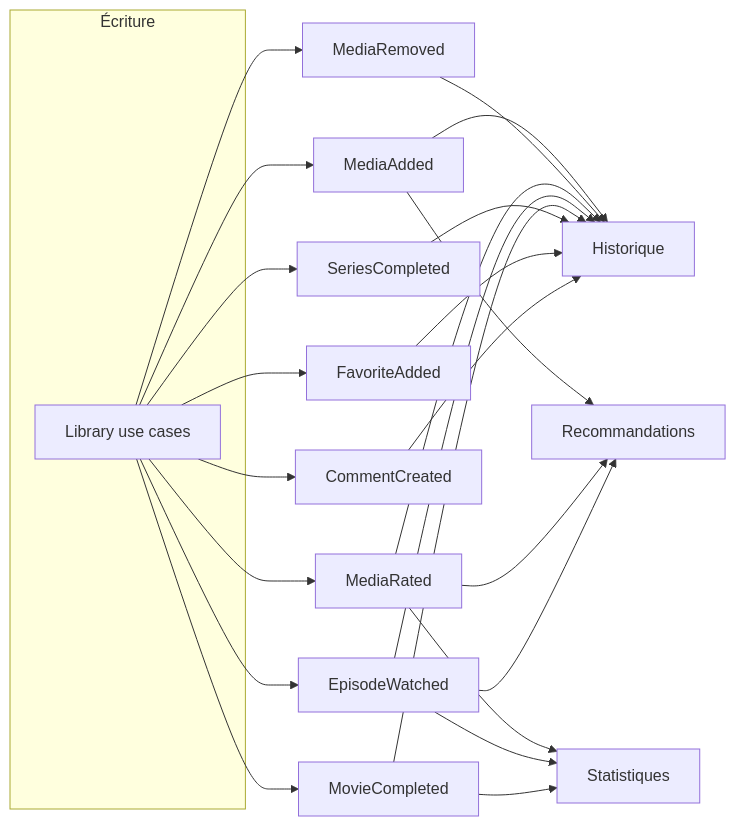
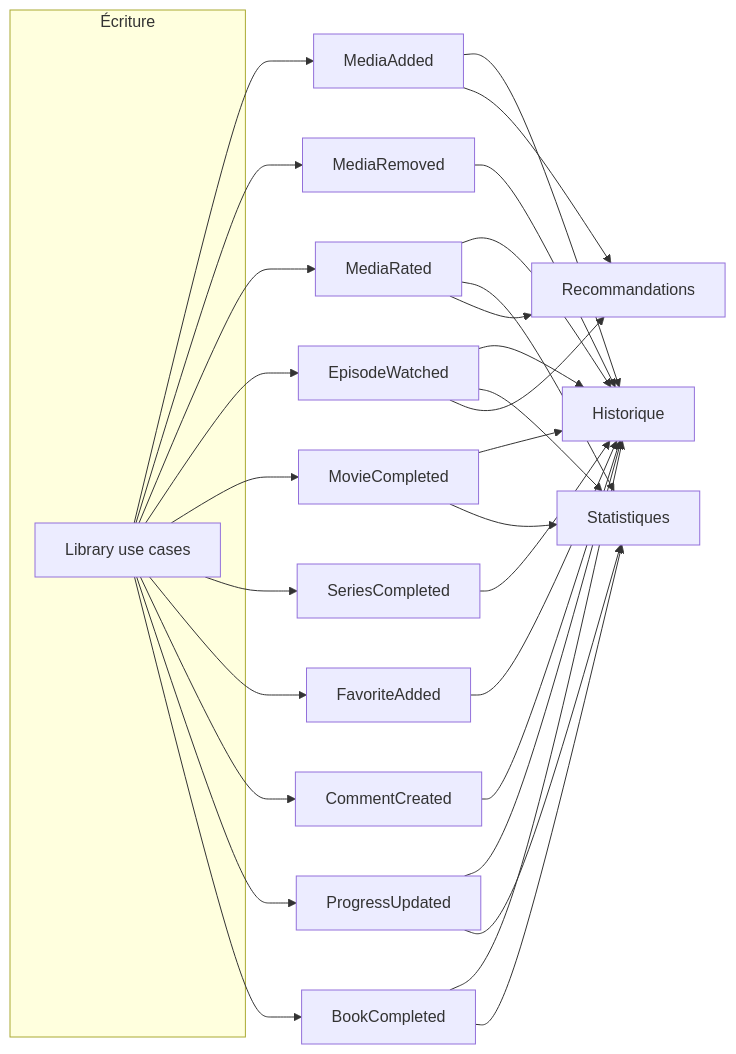
Before and after one commit to p0p314/Otium: the third of 3 diagrams in docs/architecture/05-modele-metier.md, drawn with Mermaid. The commit also changed other lines of this file and 100 other files, not shown here.

````diff
--- a/docs/architecture/05-modele-metier.md
+++ b/docs/architecture/05-modele-metier.md
@@ -111,17 +123,19 @@
 ```mermaid
 flowchart LR
   subgraph Écriture
     L[Library use cases]
   end
   L --> E1[MediaAdded]
   L --> E2[MediaRemoved]
   L --> E3[MediaRated]
   L --> E4[EpisodeWatched]
   L --> E5[MovieCompleted]
   L --> E6[SeriesCompleted]
   L --> E7[FavoriteAdded]
   L --> E8[CommentCreated]
-  E1 & E2 & E3 & E4 & E5 & E6 & E7 & E8 --> H1[Historique]
-  E3 & E4 & E5 --> H2[Statistiques]
+  L --> E9[ProgressUpdated]
+  L --> E10[BookCompleted]
+  E1 & E2 & E3 & E4 & E5 & E6 & E7 & E8 & E9 & E10 --> H1[Historique]
+  E3 & E4 & E5 & E9 & E10 --> H2[Statistiques]
   E1 & E3 & E4 --> H3[Recommandations]
 ```
````
